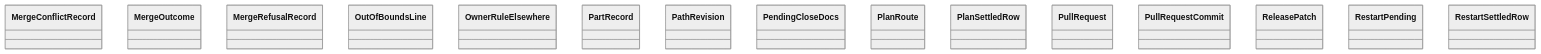
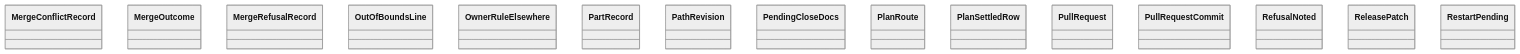
One commit to GonzaloZevallos/agentic-system changed the diagram in docs/architecture/generated/classes-process-domain-state-7.md. Above: the diagram before and after it, drawn with Mermaid (neutral theme). The commit also changed 6 other files, not shown here.

First line of the commit message:
Route the verb's four poller-noted refusals through note_refusal and add the RefusalNoted record

````diff
--- a/docs/architecture/generated/classes-process-domain-state-7.md
+++ b/docs/architecture/generated/classes-process-domain-state-7.md
@@ -30,18 +30,18 @@
 ```mermaid
 classDiagram
     class task__MergeConflictRecord["MergeConflictRecord"]
     class task__MergeOutcome["MergeOutcome"]
     class task__MergeRefusalRecord["MergeRefusalRecord"]
     class task__OutOfBoundsLine["OutOfBoundsLine"]
     class task__OwnerRuleElsewhere["OwnerRuleElsewhere"]
     class task__PartRecord["PartRecord"]
     class task__PathRevision["PathRevision"]
     class task__PendingCloseDocs["PendingCloseDocs"]
     class task__PlanRoute["PlanRoute"]
     class task__PlanSettledRow["PlanSettledRow"]
     class task__PullRequest["PullRequest"]
     class task__PullRequestCommit["PullRequestCommit"]
+    class task__RefusalNoted["RefusalNoted"]
     class task__ReleasePatch["ReleasePatch"]
     class task__RestartPending["RestartPending"]
-    class task__RestartSettledRow["RestartSettledRow"]
 ```
````
